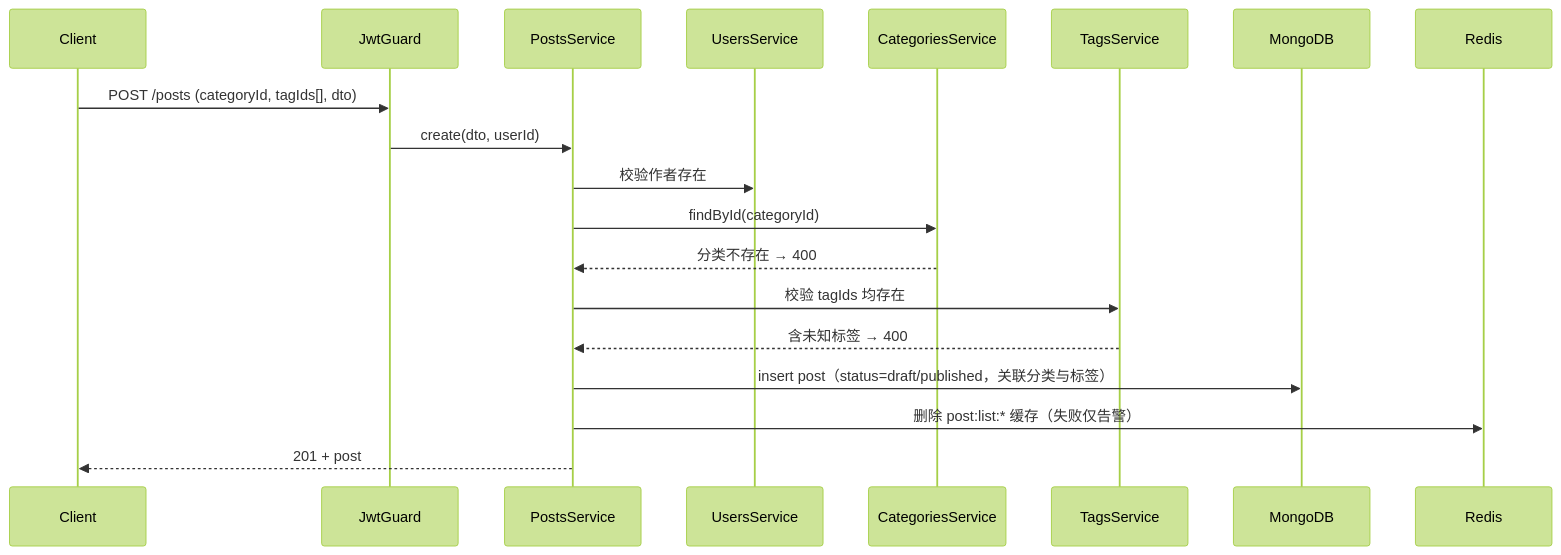
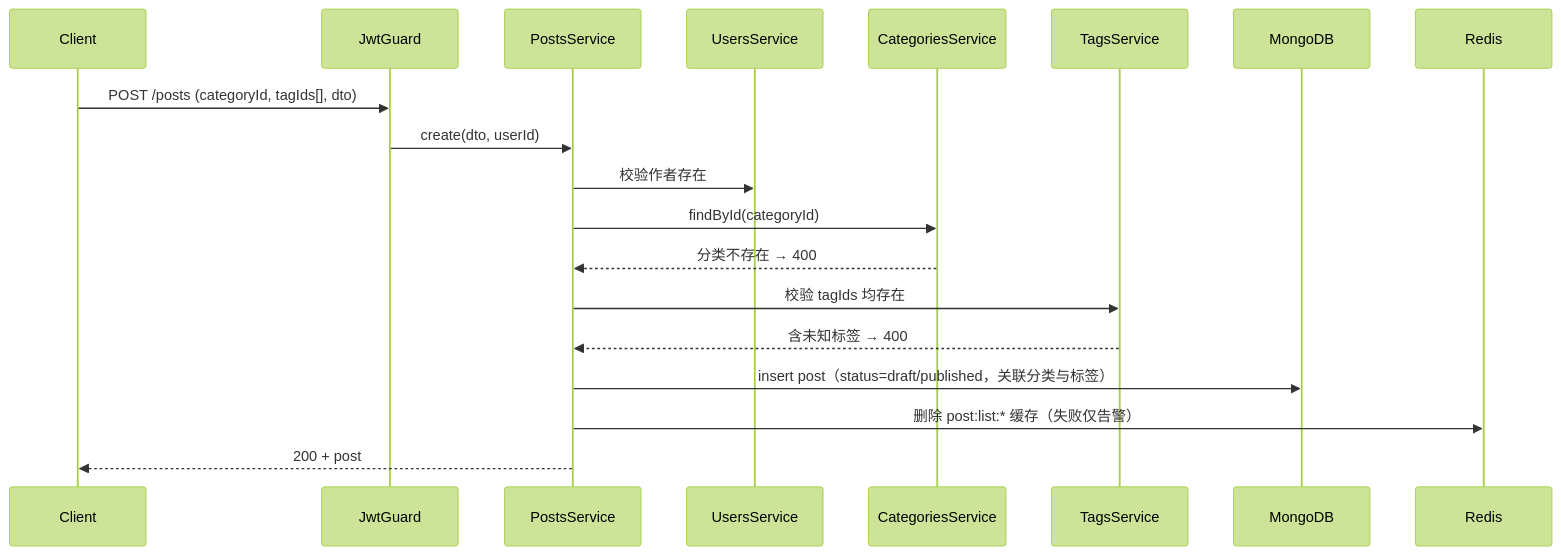
Before and after one commit to Qiuyaxian/ai-blog-backtend: the third of 5 diagrams in docs/architecture/data-flows.md, drawn with Mermaid (forest theme). The commit also changed other lines of this file and 58 other files, not shown here.

````diff
--- a/docs/architecture/data-flows.md
+++ b/docs/architecture/data-flows.md
@@ -73,21 +73,21 @@
 ```mermaid
 sequenceDiagram
     participant C as Client
     participant G as JwtGuard
     participant PS as PostsService
     participant US as UsersService
     participant CS as CategoriesService
     participant TS as TagsService
     participant DB as MongoDB
     participant R as Redis
     C->>G: POST /posts (categoryId, tagIds[], dto)
     G->>PS: create(dto, userId)
     PS->>US: 校验作者存在
     PS->>CS: findById(categoryId)
     CS-->>PS: 分类不存在 → 400
     PS->>TS: 校验 tagIds 均存在
     TS-->>PS: 含未知标签 → 400
     PS->>DB: insert post（status=draft/published，关联分类与标签）
     PS->>R: 删除 post:list:* 缓存（失败仅告警）
-    PS-->>C: 201 + post
+    PS-->>C: 200 + post
 ```
````
